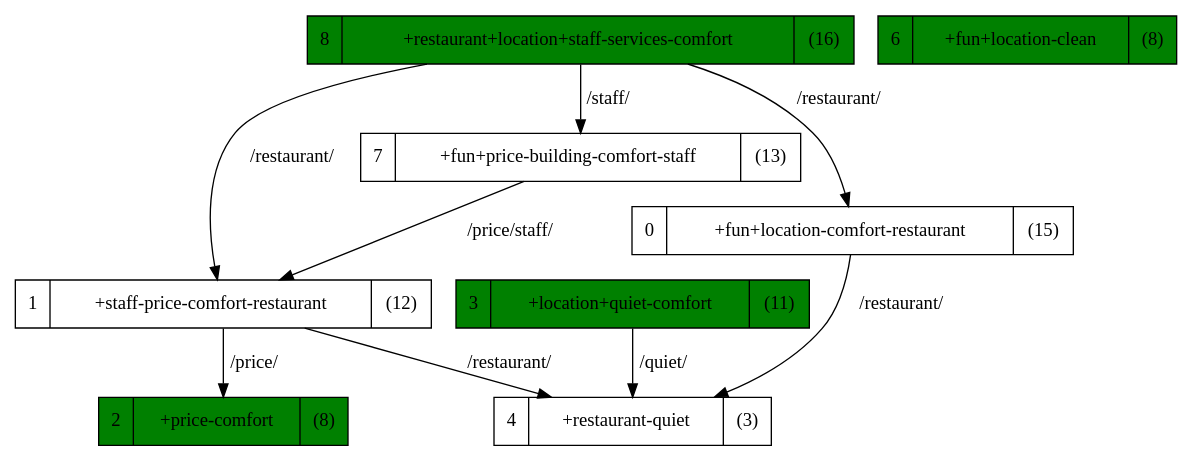
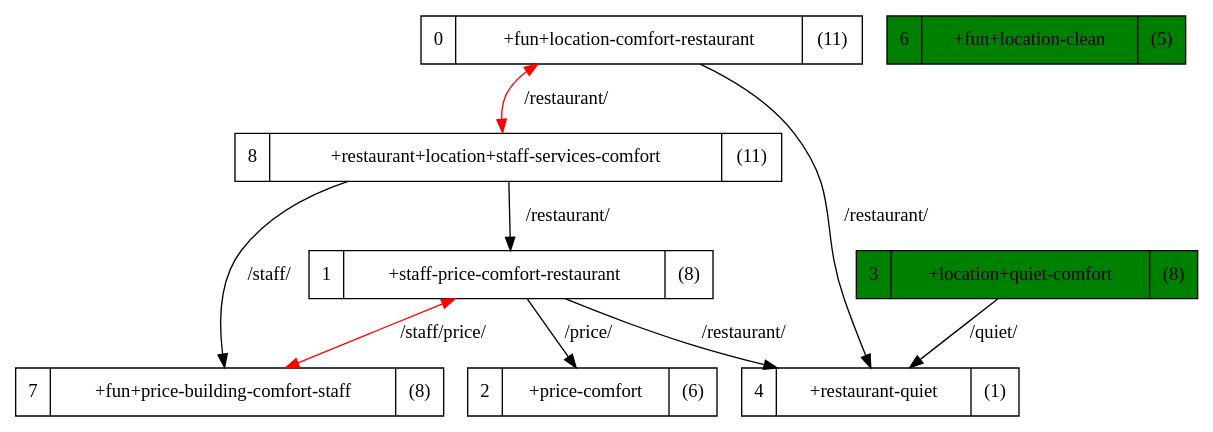
Before and after one commit to nicorotstein/juan_alberto: the diagram in eg3/first_graph.dot, drawn with Graphviz. The commit also changed 29 other files, not shown here.

```diff
--- a/eg3/first_graph.dot
+++ b/eg3/first_graph.dot
@@ -1,18 +1,20 @@
 strict digraph G {
-1 [shape=record, label="1 | +staff-price-comfort-restaurant| (12)"];
-0 [shape=record, label="0 | +fun+location-comfort-restaurant| (15)"];
-3 [shape=record, label="3 | +location+quiet-comfort| (11)", style=filled, fillcolor=green];
-2 [shape=record, label="2 | +price-comfort| (8)", style=filled, fillcolor=green];
-4 [shape=record, label="4 | +restaurant-quiet| (3)"];
-7 [shape=record, label="7 | +fun+price-building-comfort-staff| (13)"];
-6 [shape=record, label="6 | +fun+location-clean| (8)", style=filled, fillcolor=green];
-8 [shape=record, label="8 | +restaurant+location+staff-services-comfort| (16)", style=filled, fillcolor=green];
+1 [shape=record, label="1 | +staff-price-comfort-restaurant| (8)"];
+0 [shape=record, label="0 | +fun+location-comfort-restaurant| (11)"];
+3 [shape=record, label="3 | +location+quiet-comfort| (8)", style=filled, fillcolor=green];
+2 [shape=record, label="2 | +price-comfort| (6)"];
+4 [shape=record, label="4 | +restaurant-quiet| (1)"];
+7 [shape=record, label="7 | +fun+price-building-comfort-staff| (8)"];
+6 [shape=record, label="6 | +fun+location-clean| (5)", style=filled, fillcolor=green];
+8 [shape=record, label="8 | +restaurant+location+staff-services-comfort| (11)"];
 1 -> 2  [label="/price/"];
 1 -> 4  [label="/restaurant/"];
+1 -> 7  [color=red, dir=both, label="/staff/price/"];
+0 -> 8  [color=red, dir=both, label="/restaurant/"];
 0 -> 4  [label="/restaurant/"];
 3 -> 4  [label="/quiet/"];
-7 -> 1  [label="/price/staff/"];
+7 -> 1  [color=transparent];
 8 -> 1  [label="/restaurant/"];
-8 -> 0  [label="/restaurant/"];
+8 -> 0  [color=transparent];
 8 -> 7  [label="/staff/"];
 }
```
